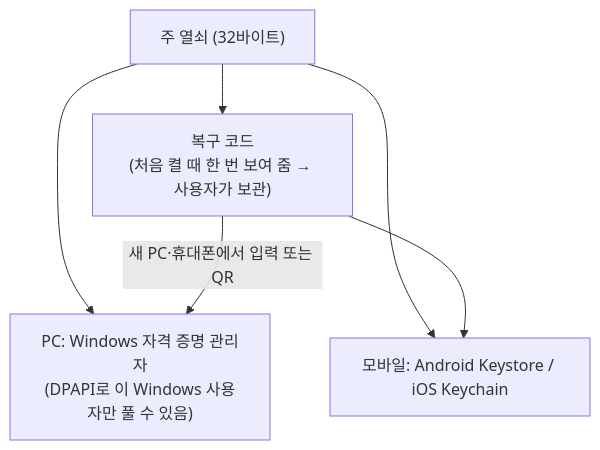
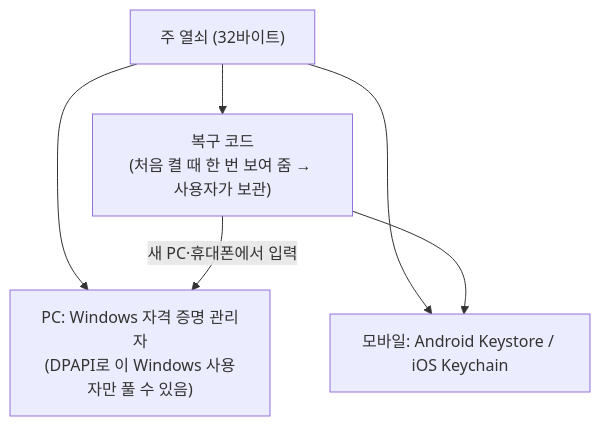
One commit to jinkyoin/notevine changed the third of 3 diagrams in docs/Git-암호화-검토.md. Above: the diagram before and after it, drawn with Mermaid. The commit also changed other lines of this file and 2 other files, not shown here.

````diff
--- a/docs/Git-암호화-검토.md
+++ b/docs/Git-암호화-검토.md
@@ -107,9 +107,9 @@
 ```mermaid
 flowchart TB
   K["주 열쇠 (32바이트)"]
   K --> W["PC: Windows 자격 증명 관리자<br/>(DPAPI로 이 Windows 사용자만 풀 수 있음)"]
   K --> M["모바일: Android Keystore / iOS Keychain"]
   K --> R["복구 코드<br/>(처음 켤 때 한 번 보여 줌 → 사용자가 보관)"]
-  R -->|새 PC·휴대폰에서 입력 또는 QR| W
+  R -->|새 PC·휴대폰에서 입력| W
   R --> M
 ```
````
